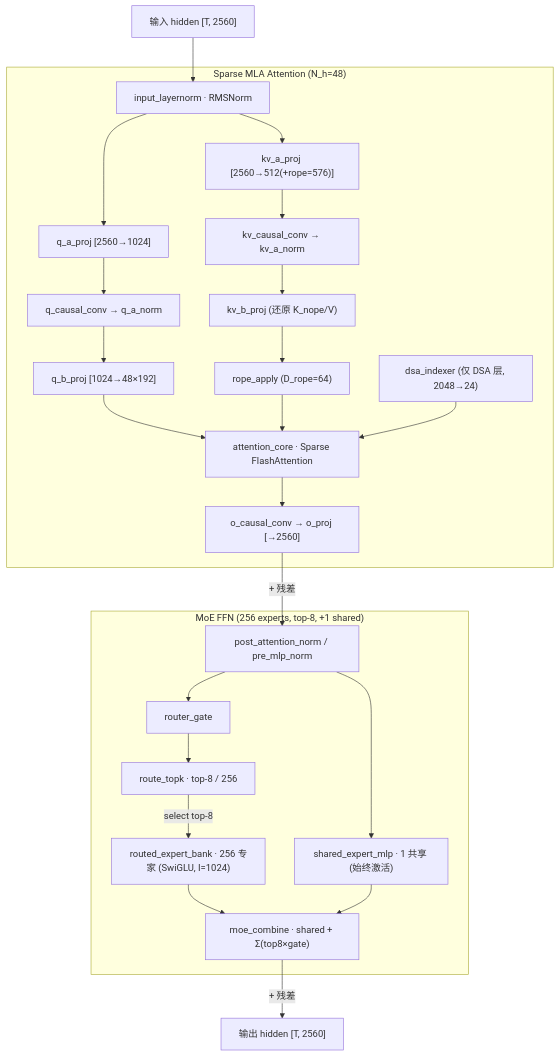
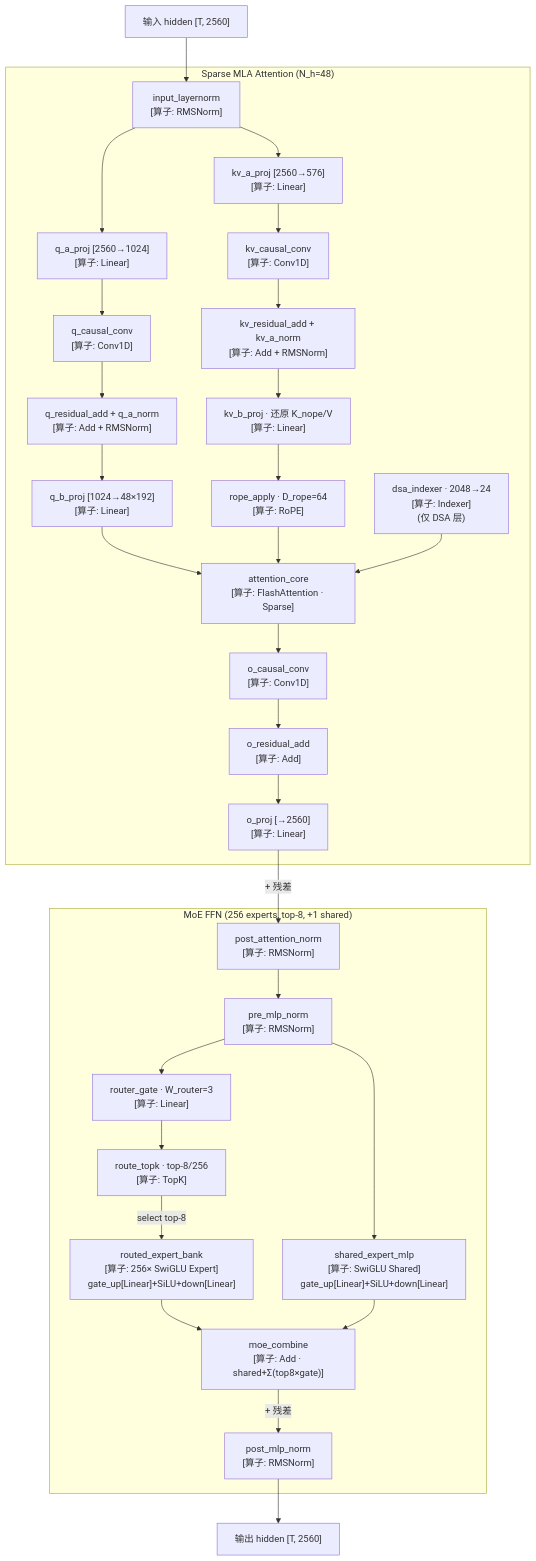
The second of 4 diagrams in Profiling_Insight_and_Tool/training-run-twin-standalone/openPangu-2.0-Flash架构参考.md (yinyucheng0601/compute-graph-viewer), drawn with Mermaid before and after one commit. The commit also changed other lines of this file and 11 other files, not shown here.

````diff
--- a/Profiling_Insight_and_Tool/training-run-twin-standalone/openPangu-2.0-Flash架构参考.md
+++ b/Profiling_Insight_and_Tool/training-run-twin-standalone/openPangu-2.0-Flash架构参考.md
@@ -122,38 +171,49 @@
 ```mermaid
 graph TD
     INPUT["输入 hidden [T, 2560]"]
 
     subgraph ATTN["Sparse MLA Attention (N_h=48)"]
-        NORM1["input_layernorm · RMSNorm"]
-        QA["q_a_proj [2560→1024]"]
-        QC["q_causal_conv → q_a_norm"]
-        QB["q_b_proj [1024→48×192]"]
-        KVA["kv_a_proj [2560→512(+rope=576)]"]
-        KVC["kv_causal_conv → kv_a_norm"]
-        KVB["kv_b_proj (还原 K_nope/V)"]
-        ROPE["rope_apply (D_rope=64)"]
-        DSA["dsa_indexer (仅 DSA 层, 2048→24)"]
-        CORE["attention_core · Sparse FlashAttention"]
-        OP["o_causal_conv → o_proj [→2560]"]
+        NORM1["input_layernorm<br>[算子: RMSNorm]"]
+        QA["q_a_proj [2560→1024]<br>[算子: Linear]"]
+        QCV["q_causal_conv<br>[算子: Conv1D]"]
+        QRES["q_residual_add + q_a_norm<br>[算子: Add + RMSNorm]"]
+        QB["q_b_proj [1024→48×192]<br>[算子: Linear]"]
+        KVA["kv_a_proj [2560→576]<br>[算子: Linear]"]
+        KVCV["kv_causal_conv<br>[算子: Conv1D]"]
+        KVRES["kv_residual_add + kv_a_norm<br>[算子: Add + RMSNorm]"]
+        KVB["kv_b_proj · 还原 K_nope/V<br>[算子: Linear]"]
+        ROPE["rope_apply · D_rope=64<br>[算子: RoPE]"]
+        DSA["dsa_indexer · 2048→24<br>[算子: Indexer]<br>(仅 DSA 层)"]
+        CORE["attention_core<br>[算子: FlashAttention · Sparse]"]
+        OCV["o_causal_conv<br>[算子: Conv1D]"]
+        ORES["o_residual_add<br>[算子: Add]"]
+        OP["o_proj [→2560]<br>[算子: Linear]"]
     end
 
     subgraph MOE["MoE FFN (256 experts, top-8, +1 shared)"]
-        NORM2["post_attention_norm / pre_mlp_norm"]
-        RG["router_gate"]
-        TOPK["route_topk · top-8 / 256"]
-        BANK["routed_expert_bank · 256 专家 (SwiGLU, I=1024)"]
-        SHARED["shared_expert_mlp · 1 共享 (始终激活)"]
-        COMB["moe_combine · shared + Σ(top8×gate)"]
+        NORM2["post_attention_norm<br>[算子: RMSNorm]"]
+        NORM3["pre_mlp_norm<br>[算子: RMSNorm]"]
+        RG["router_gate · W_router=3<br>[算子: Linear]"]
+        TOPK["route_topk · top-8/256<br>[算子: TopK]"]
+        BANK["routed_expert_bank<br>[算子: 256× SwiGLU Expert]<br>gate_up[Linear]+SiLU+down[Linear]"]
+        SHARED["shared_expert_mlp<br>[算子: SwiGLU Shared]<br>gate_up[Linear]+SiLU+down[Linear]"]
+        COMB["moe_combine<br>[算子: Add · shared+Σ(top8×gate)]"]
+        NORM4["post_mlp_norm<br>[算子: RMSNorm]"]
     end
 
     OUT["输出 hidden [T, 2560]"]
 
-    INPUT --> NORM1 --> QA --> QC --> QB --> CORE
-    NORM1 --> KVA --> KVC --> KVB --> ROPE --> CORE
-    DSA --> CORE --> OP -->|"+ 残差"| NORM2
-    NORM2 --> RG --> TOPK
+    INPUT --> NORM1
+    NORM1 --> QA --> QCV --> QRES --> QB --> CORE
+    NORM1 --> KVA --> KVCV --> KVRES --> KVB --> ROPE --> CORE
+    DSA --> CORE
+    CORE --> OCV --> ORES --> OP
+    OP -->|"+ 残差"| NORM2
+    NORM2 --> NORM3
+    NORM3 --> RG --> TOPK
     TOPK -->|"select top-8"| BANK
-    NORM2 --> SHARED
+    NORM3 --> SHARED
     BANK --> COMB
-    SHARED --> COMB -->|"+ 残差"| OUT
+    SHARED --> COMB
+    COMB -->|"+ 残差"| NORM4 --> OUT
 ```
````
